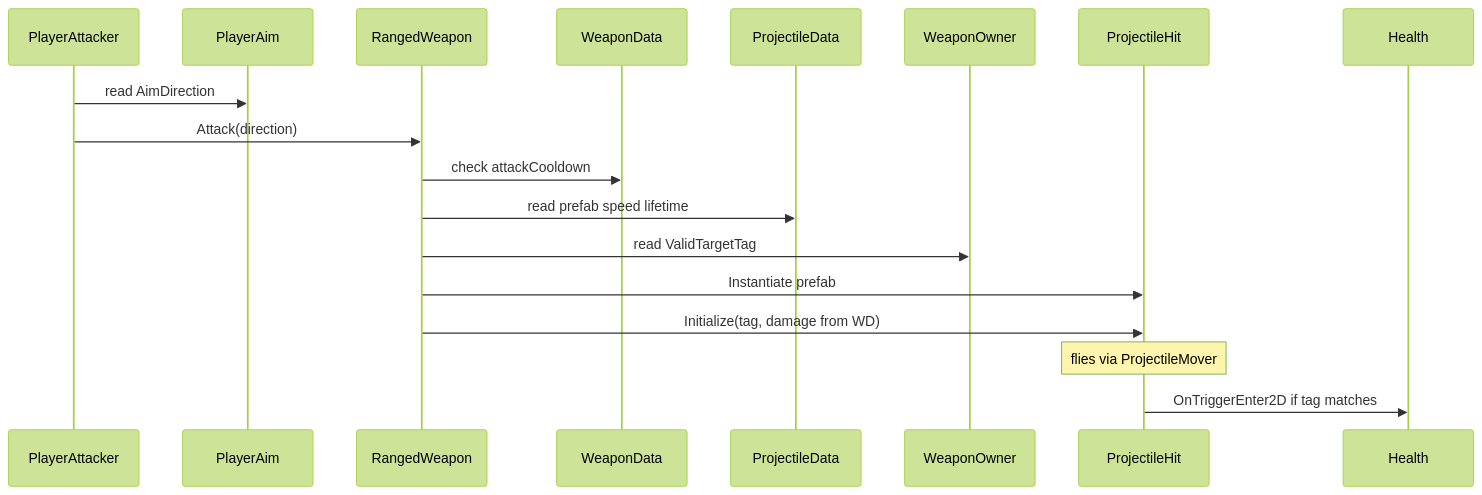
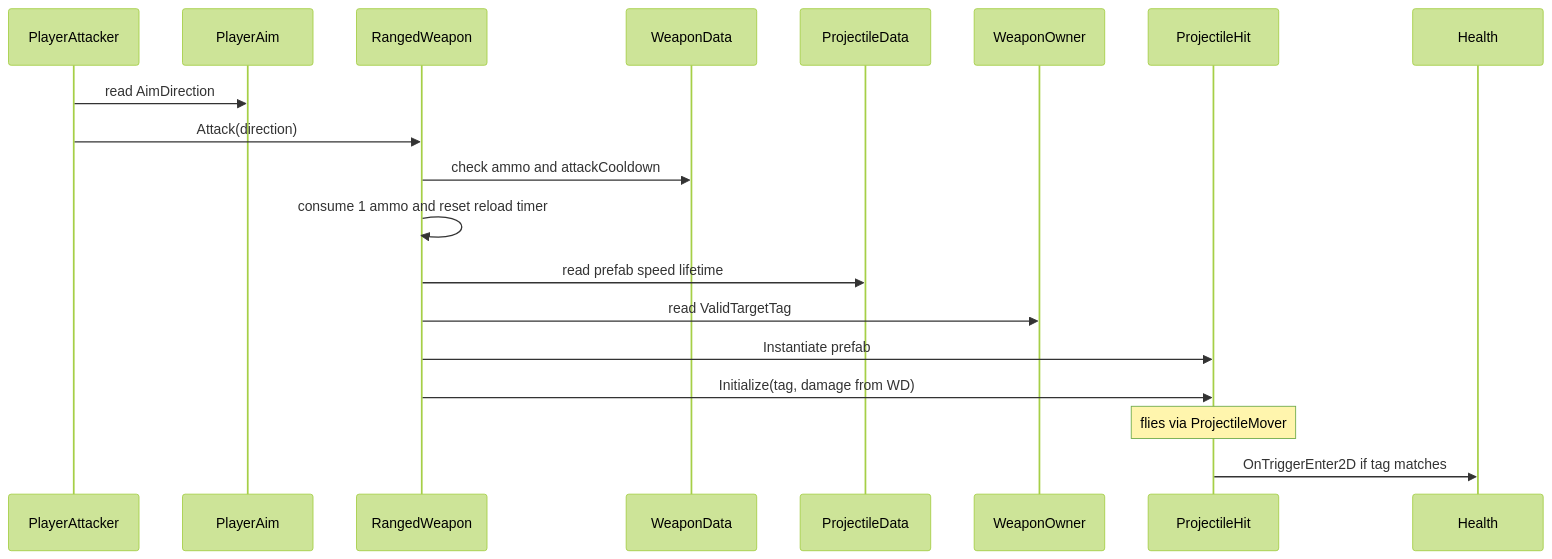
One commit to Oaktheplayer/115A_NTHUGDC_OOPIntro changed the third of 8 diagrams in Assets/Docs/LAB.md. Above: the diagram before and after it, drawn with Mermaid (forest theme). The commit also changed other lines of this file and 8 other files, not shown here.

````diff
--- a/Assets/Docs/LAB.md
+++ b/Assets/Docs/LAB.md
@@ -156,21 +156,22 @@
 ```mermaid
 sequenceDiagram
   participant Click as PlayerAttacker
   participant Aim as PlayerAim
   participant W as RangedWeapon
   participant WD as WeaponData
   participant PD as ProjectileData
   participant Owner as WeaponOwner
   participant Bullet as ProjectileHit
   participant HP as Health
 
   Click->>Aim: read AimDirection
   Click->>W: Attack(direction)
-  W->>WD: check attackCooldown
+  W->>WD: check ammo and attackCooldown
+  W->>W: consume 1 ammo and reset reload timer
   W->>PD: read prefab speed lifetime
   W->>Owner: read ValidTargetTag
   W->>Bullet: Instantiate prefab
   W->>Bullet: Initialize(tag, damage from WD)
   Note over Bullet: flies via ProjectileMover
   Bullet->>HP: OnTriggerEnter2D if tag matches
 ```
````
